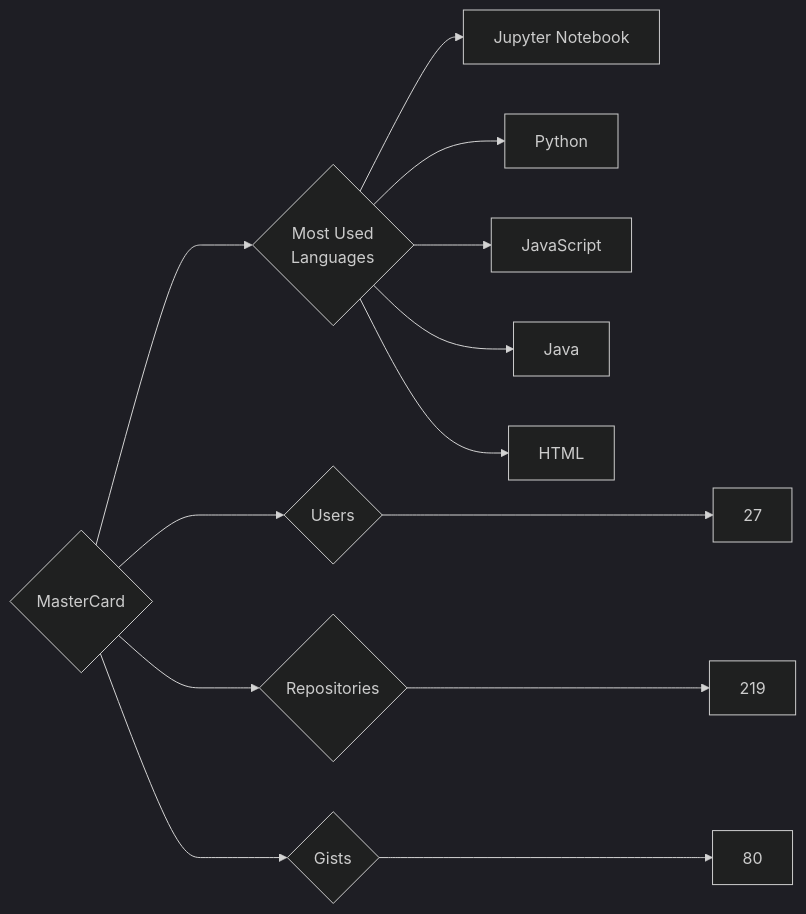
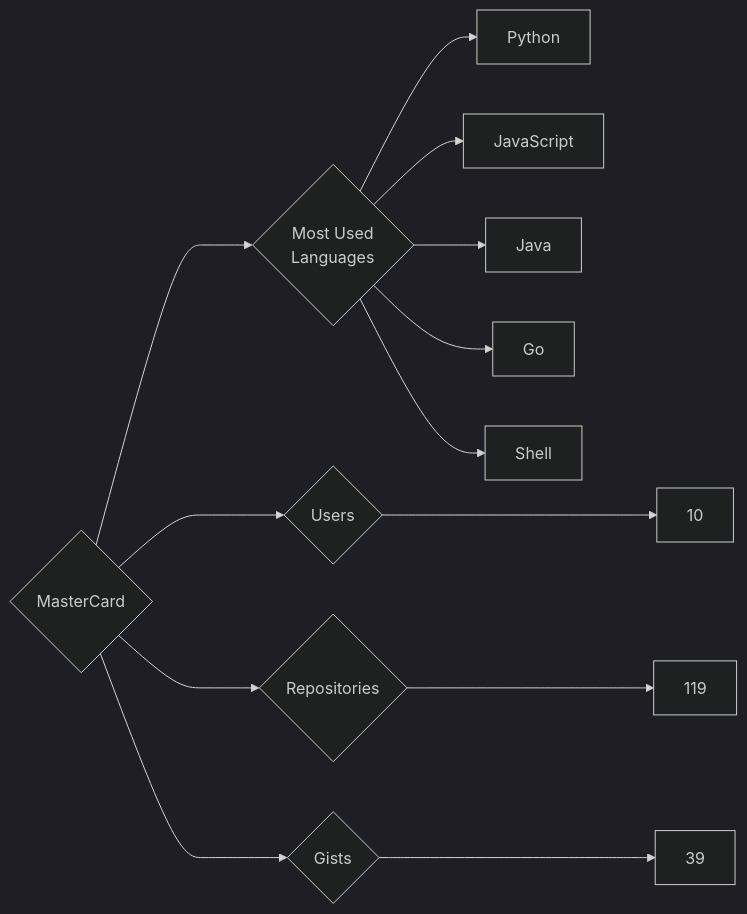
One commit to trickest/insiders changed the diagram in targets/MasterCard/README.md. Above: the diagram before and after it, drawn with Mermaid (dark theme). The commit also changed 815 other files, not shown here.

````diff
--- a/targets/MasterCard/README.md
+++ b/targets/MasterCard/README.md
@@ -3,13 +3,13 @@
 ```mermaid
 graph LR
 COMPANY_NAME{MasterCard}
-COMPANY_NAME ---> U{Users} ---> UN[27]
-COMPANY_NAME ---> R{Repositories} ---> RN[219]
-COMPANY_NAME ---> G{Gists} ---> GN[80]
+COMPANY_NAME ---> U{Users} ---> UN[10]
+COMPANY_NAME ---> R{Repositories} ---> RN[119]
+COMPANY_NAME ---> G{Gists} ---> GN[39]
 COMPANY_NAME ---> ML{Most Used<br>Languages}
-ML --> Jupyter_Notebook[Jupyter Notebook]
 ML --> Python[Python]
 ML --> JavaScript[JavaScript]
 ML --> Java[Java]
-ML --> HTML[HTML]
+ML --> Go[Go]
+ML --> Shell[Shell]
 ```
````
